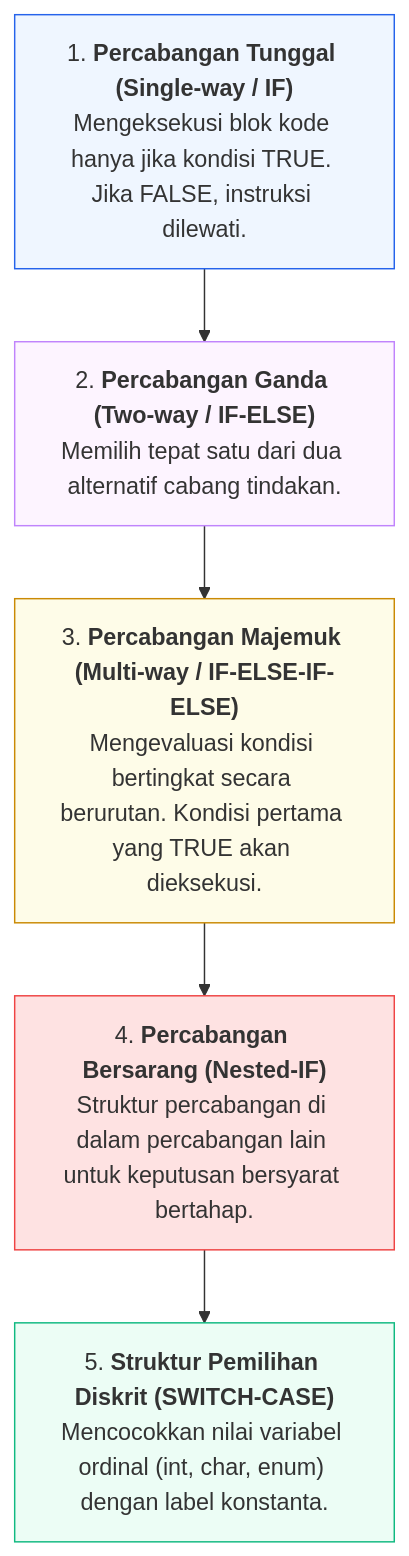
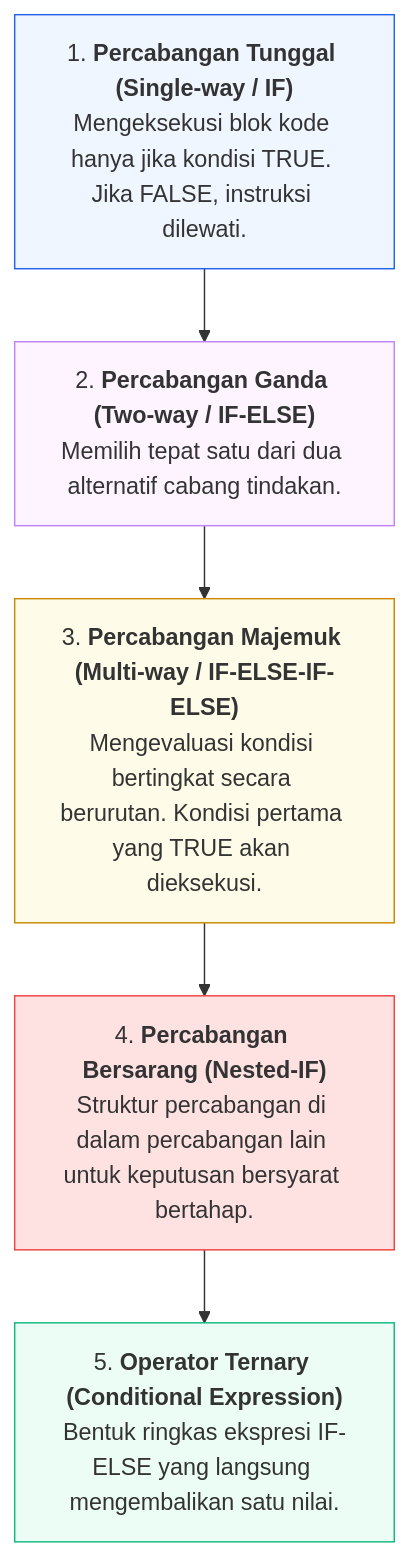
One commit to mahendaruui/Perkuliahan changed the second of 3 diagrams in docs/algoritma-pemrograman/percabangan.md. Above: the diagram before and after it, drawn with Mermaid. The commit also changed other lines of this file and 39 other files, not shown here.

````diff
--- a/docs/algoritma-pemrograman/percabangan.md
+++ b/docs/algoritma-pemrograman/percabangan.md
@@ -44,14 +47,14 @@
 ```mermaid
 flowchart TD
     P1["1. <b>Percabangan Tunggal (Single-way / IF)</b><br>Mengeksekusi blok kode hanya jika kondisi TRUE. Jika FALSE, instruksi dilewati."]
     --> P2["2. <b>Percabangan Ganda (Two-way / IF-ELSE)</b><br>Memilih tepat satu dari dua alternatif cabang tindakan."]
     --> P3["3. <b>Percabangan Majemuk (Multi-way / IF-ELSE-IF-ELSE)</b><br>Mengevaluasi kondisi bertingkat secara berurutan. Kondisi pertama yang TRUE akan dieksekusi."]
     --> P4["4. <b>Percabangan Bersarang (Nested-IF)</b><br>Struktur percabangan di dalam percabangan lain untuk keputusan bersyarat bertahap."]
-    --> P5["5. <b>Struktur Pemilihan Diskrit (SWITCH-CASE)</b><br>Mencocokkan nilai variabel ordinal (int, char, enum) dengan label konstanta."]
+    --> P5["5. <b>Operator Ternary (Conditional Expression)</b><br>Bentuk ringkas ekspresi IF-ELSE yang langsung mengembalikan satu nilai."]
 
     style P1 fill:#eff6ff,stroke:#2563eb,stroke-width:1px
     style P2 fill:#fdf4ff,stroke:#c084fc,stroke-width:1px
     style P3 fill:#fefce8,stroke:#ca8a04,stroke-width:1px
     style P4 fill:#fee2e2,stroke:#ef4444,stroke-width:1px
     style P5 fill:#ecfdf5,stroke:#10b981,stroke-width:1px
 ```
````
